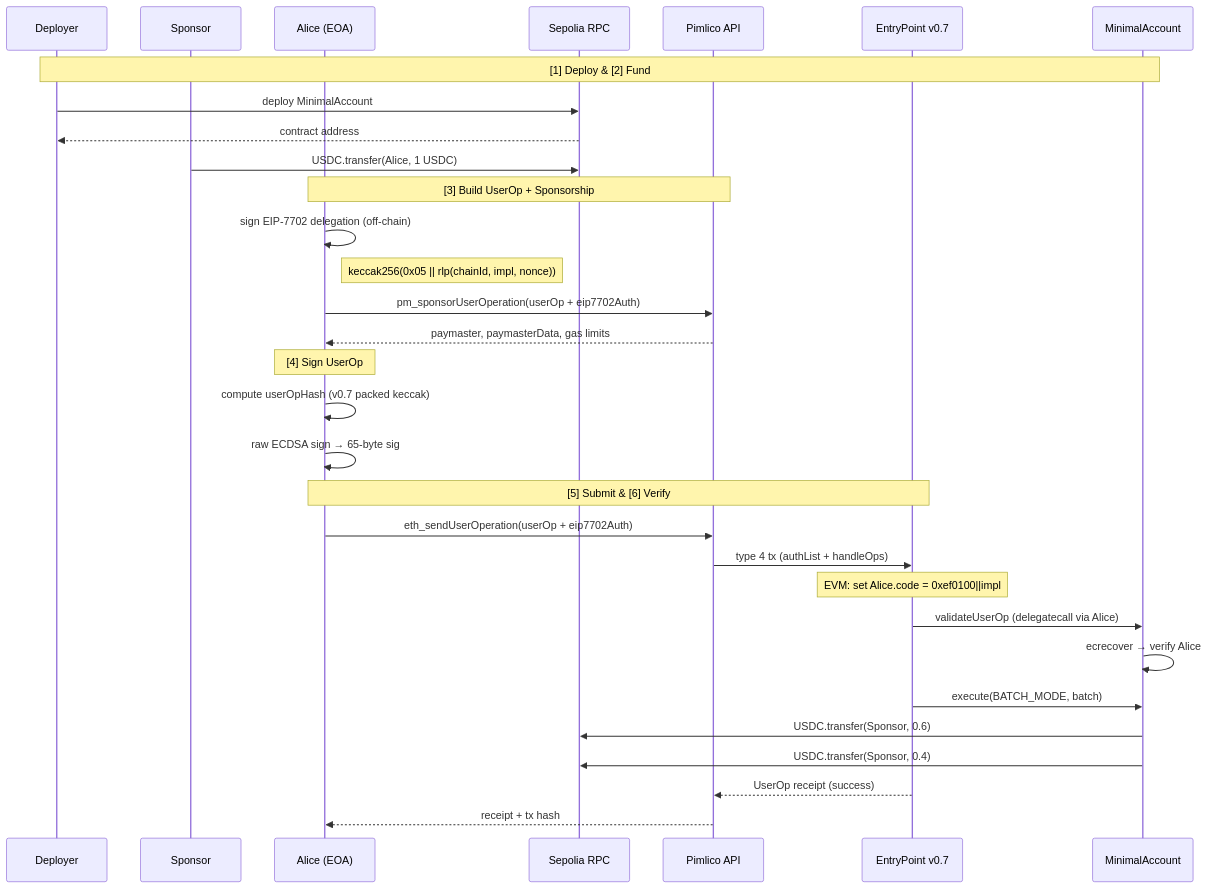
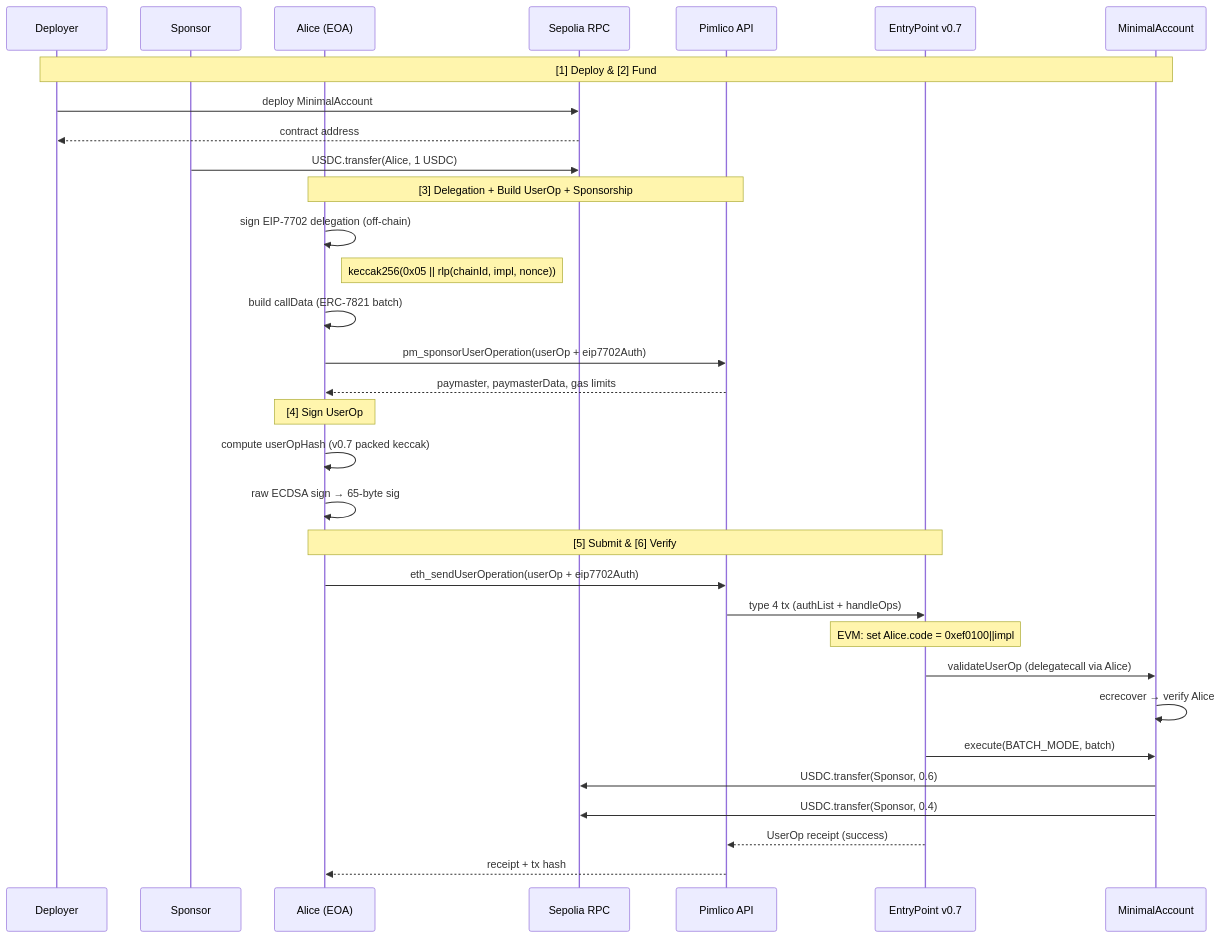
Before and after one commit to CoboTest/eip7702-minimal-account: the diagram in script/python/README.md, drawn with Mermaid. The commit also changed other lines of this file and 2 other files, not shown here.

First line of the commit message:
refactor: move delegation signing before callData in step 3

````diff
--- a/script/python/README.md
+++ b/script/python/README.md
@@ -134,37 +134,38 @@
 ```mermaid
 sequenceDiagram
     participant D as Deployer
     participant S as Sponsor
     participant A as Alice (EOA)
     participant RPC as Sepolia RPC
     participant P as Pimlico API
     participant EP as EntryPoint v0.7
     participant MA as MinimalAccount
 
     Note over D,MA: [1] Deploy & [2] Fund
     D->>RPC: deploy MinimalAccount
     RPC-->>D: contract address
     S->>RPC: USDC.transfer(Alice, 1 USDC)
 
-    Note over A,P: [3] Build UserOp + Sponsorship
+    Note over A,P: [3] Delegation + Build UserOp + Sponsorship
     A->>A: sign EIP-7702 delegation (off-chain)
     Note right of A: keccak256(0x05 || rlp(chainId, impl, nonce))
+    A->>A: build callData (ERC-7821 batch)
     A->>P: pm_sponsorUserOperation(userOp + eip7702Auth)
     P-->>A: paymaster, paymasterData, gas limits
 
     Note over A: [4] Sign UserOp
     A->>A: compute userOpHash (v0.7 packed keccak)
     A->>A: raw ECDSA sign → 65-byte sig
 
     Note over A,EP: [5] Submit & [6] Verify
     A->>P: eth_sendUserOperation(userOp + eip7702Auth)
     P->>EP: type 4 tx (authList + handleOps)
     Note over EP: EVM: set Alice.code = 0xef0100||impl
     EP->>MA: validateUserOp (delegatecall via Alice)
     MA->>MA: ecrecover → verify Alice
     EP->>MA: execute(BATCH_MODE, batch)
     MA->>RPC: USDC.transfer(Sponsor, 0.6)
     MA->>RPC: USDC.transfer(Sponsor, 0.4)
     EP-->>P: UserOp receipt (success)
     P-->>A: receipt + tx hash
 ```
````
